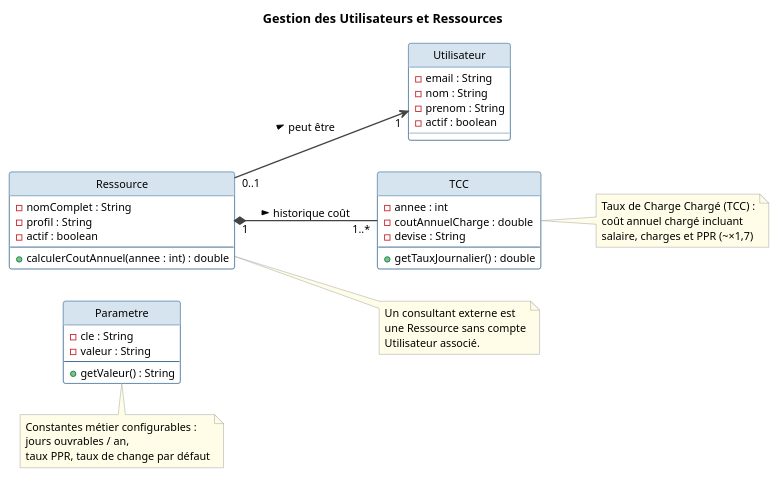
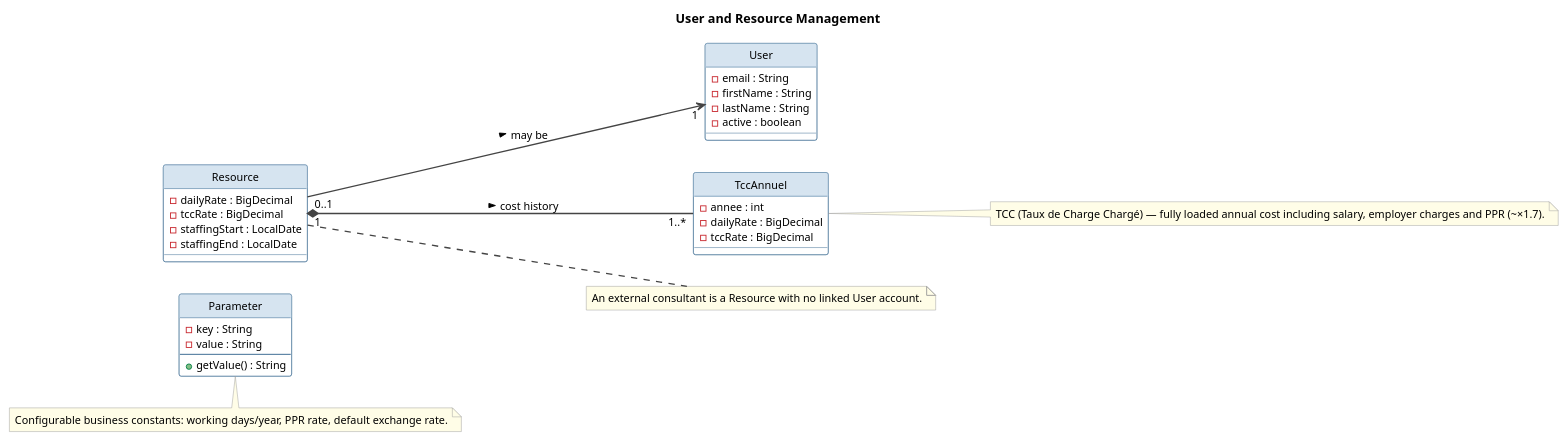
Before and after one commit to mazenrakrouki/tekup-pms-platform: the diagram in docs/uml/engineering/02-user-resource.puml, drawn with PlantUML. The commit also changed 72 other files, not shown here.

```diff
--- a/docs/uml/engineering/02-user-resource.puml
+++ b/docs/uml/engineering/02-user-resource.puml
@@ -1,72 +1,63 @@
 @startuml user_resource
-title Gestion des Utilisateurs et Ressources
+title User and Resource Management
 
 left to right direction
 
 skinparam shadowing false
 skinparam classBackgroundColor #FFFFFF
 skinparam classBorderColor #2C5F8A
 skinparam classHeaderBackgroundColor #D6E4F0
 skinparam packageBackgroundColor #EAF2FF
 skinparam packageBorderColor #1F4E79
 skinparam packageFontColor #1F4E79
 skinparam defaultFontName Helvetica
 skinparam defaultFontSize 12
 skinparam ArrowColor #444444
 skinparam ArrowThickness 1.5
 skinparam noteBorderColor #999999
 skinparam noteBackgroundColor #FFFDE7
 hide circle
 
-class Utilisateur {
+class User {
   - email : String
-  - nom : String
-  - prenom : String
-  - actif : boolean
+  - firstName : String
+  - lastName : String
+  - active : boolean
 }
 
-class Ressource {
-  - nomComplet : String
-  - profil : String
-  - actif : boolean
-  --
-  + calculerCoutAnnuel(annee : int) : double
+class Resource {
+  - dailyRate : BigDecimal
+  - tccRate : BigDecimal
+  - staffingStart : LocalDate
+  - staffingEnd : LocalDate
 }
 
-class TCC {
+class TccAnnuel {
   - annee : int
-  - coutAnnuelCharge : double
-  - devise : String
-  --
-  + getTauxJournalier() : double
+  - dailyRate : BigDecimal
+  - tccRate : BigDecimal
 }
 
-class Parametre {
-  - cle : String
-  - valeur : String
+class Parameter {
+  - key : String
+  - value : String
   --
-  + getValeur() : String
+  + getValue() : String
 }
 
-Ressource "0..1" --> "1"    Utilisateur : peut être >
-Ressource "1"    *--  "1..*" TCC        : historique coût >
+Resource "0..1" --> "1"    User    : may be >
+Resource "1"    *--  "1..*" TccAnnuel : cost history >
 
-note right of Ressource
-  Un consultant externe est
-  une Ressource sans compte
-  Utilisateur associé.
+note right of Resource
+  An external consultant is a Resource with no linked User account.
 end note
 
-note right of TCC
-  Taux de Charge Chargé (TCC) :
-  coût annuel chargé incluant
-  salaire, charges et PPR (~×1,7)
+note right of TccAnnuel
+  TCC (Taux de Charge Chargé) — fully loaded annual cost including salary, employer charges and PPR (~×1.7).
 end note
 
-note bottom of Parametre
-  Constantes métier configurables :
-  jours ouvrables / an,
-  taux PPR, taux de change par défaut
+note bottom of Parameter
+  Configurable business constants: working days/year, PPR rate, default exchange rate.
 end note
 
 @enduml
```
